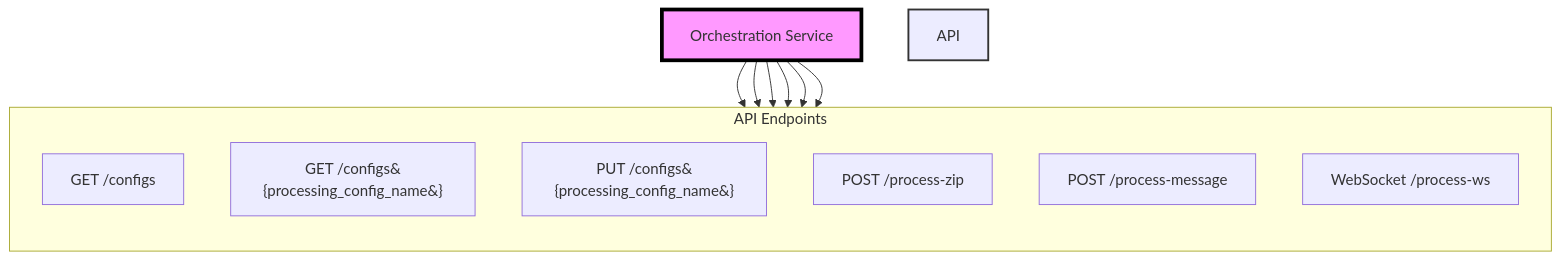
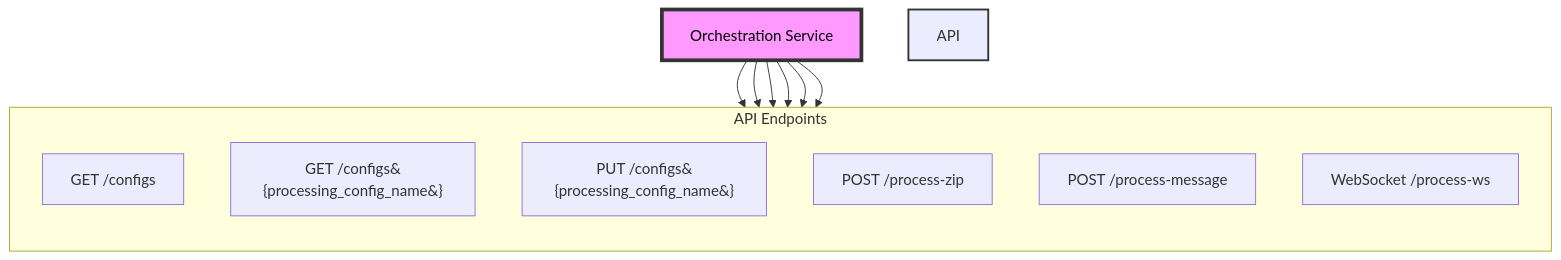
One commit to CDCgov/phdi changed the second of 2 diagrams in containers/orchestration/description.md. Above: the diagram before and after it, drawn with Mermaid. The commit also changed other lines of this file, not shown here.

````diff
--- a/containers/orchestration/description.md
+++ b/containers/orchestration/description.md
@@ -121,24 +121,24 @@
 ```mermaid
 graph TD
     A[Orchestration Service]
 
     subgraph API Endpoints
         direction TB
         M[GET /configs]
         N[GET /configs&#123;processing_config_name&#125;]
         O[PUT /configs&#123;processing_config_name&#125;]
         P[POST /process-zip]
         Q[POST /process-message]
         R[WebSocket /process-ws]
     end
 
     A --> M
     A --> N
     A --> O
     A --> P
     A --> Q
     A --> R
 
-    style A fill:#f9f,stroke:#000000,stroke-width:4px
+    style A fill:#f9f,stroke:#333,stroke-width:4px,color:#000
     style API Endpoints fill:#bfb,stroke:#333,stroke-width:2px
 ```
````
